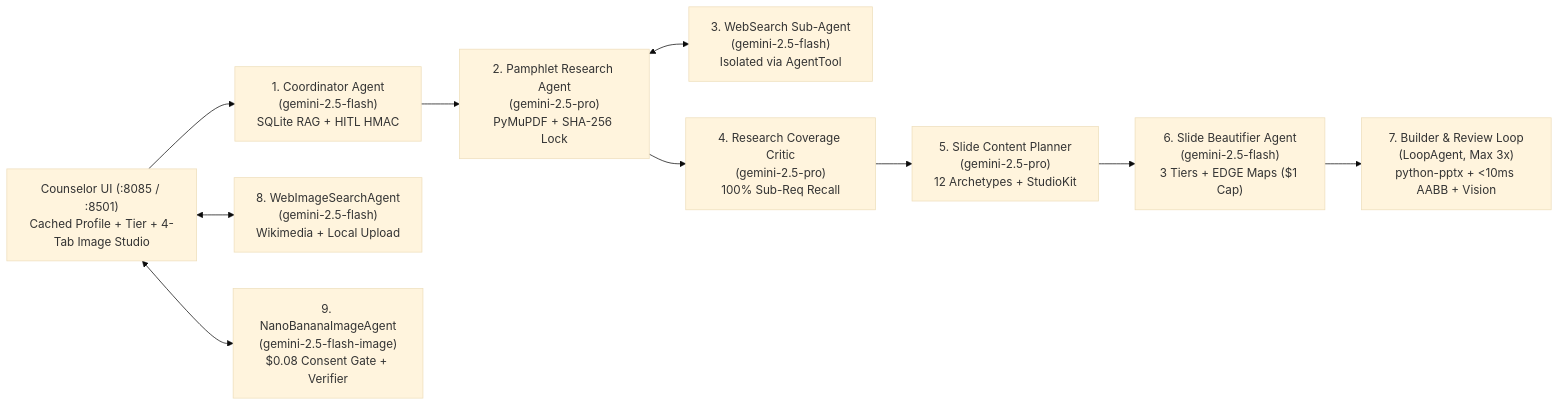
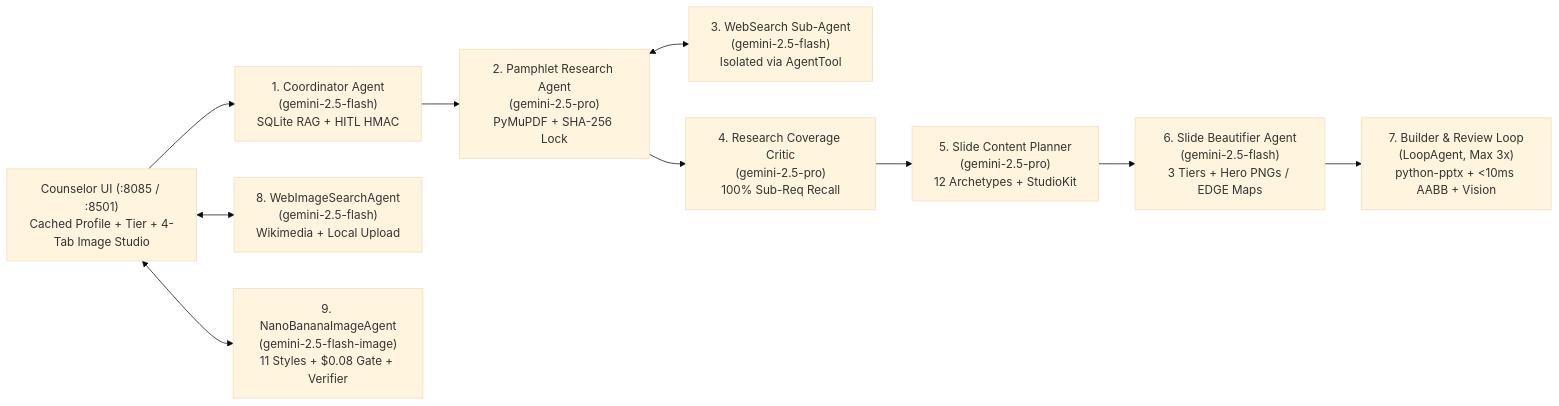
The diagram in docs/TDD.md (clayberg/scouts-bsa-merit-badge-agent), drawn with Mermaid (base theme) before and after one commit. The commit also changed other lines of this file and 11 other files, not shown here.

Commit message:
docs: update all markdown docs for Nano Banana hero images, Auto Content-Aware Mix, and selective cache clearing

````diff
--- a/docs/TDD.md
+++ b/docs/TDD.md
@@ -65,12 +65,12 @@
 ```mermaid
 flowchart LR
     UI["Counselor UI (:8085 / :8501)\nCached Profile + Tier + 4-Tab Image Studio"] --> COORD["1. Coordinator Agent\n(gemini-2.5-flash)\nSQLite RAG + HITL HMAC"]
     COORD --> RES["2. Pamphlet Research Agent\n(gemini-2.5-pro)\nPyMuPDF + SHA-256 Lock"]
     RES <--> SEARCH["3. WebSearch Sub-Agent\n(gemini-2.5-flash)\nIsolated via AgentTool"]
     RES --> RCRIT["4. Research Coverage Critic\n(gemini-2.5-pro)\n100% Sub-Req Recall"]
     RCRIT --> PLAN["5. Slide Content Planner\n(gemini-2.5-pro)\n12 Archetypes + StudioKit"]
-    PLAN --> BEAUT["6. Slide Beautifier Agent\n(gemini-2.5-flash)\n3 Tiers + EDGE Maps ($1 Cap)"]
+    PLAN --> BEAUT["6. Slide Beautifier Agent\n(gemini-2.5-flash)\n3 Tiers + Hero PNGs / EDGE Maps"]
     BEAUT --> LOOP["7. Builder & Review Loop\n(LoopAgent, Max 3x)\npython-pptx + <10ms AABB + Vision"]
     UI <--> IMG_WEB["8. WebImageSearchAgent\n(gemini-2.5-flash)\nWikimedia + Local Upload"]
-    UI <--> IMG_AI["9. NanoBananaImageAgent\n(gemini-2.5-flash-image)\n$0.08 Consent Gate + Verifier"]
+    UI <--> IMG_AI["9. NanoBananaImageAgent\n(gemini-2.5-flash-image)\n11 Styles + $0.08 Gate + Verifier"]
 ```
````
